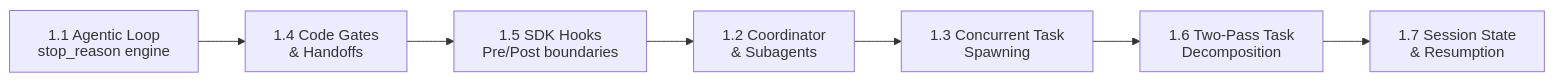
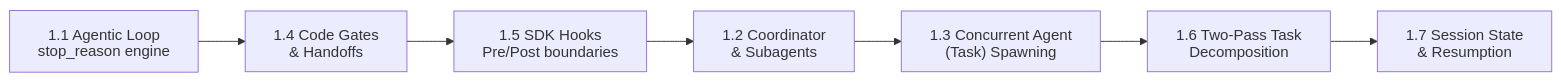
One commit to dip4k/claude_cert_architect_foundation_prep changed the second of 3 diagrams in domain1/README.md. Above: the diagram before and after it, drawn with Mermaid. The commit also changed other lines of this file and 56 other files, not shown here.

Commit message:
docs: improve beginner clarity, flow, Mermaid compliance across domains and expand EXAM_REFRESHER to all 30 TS

````diff
--- a/domain1/README.md
+++ b/domain1/README.md
@@ -59,13 +59,13 @@
 ```mermaid
 ---
 config:
   htmlLabels: false
 ---
 flowchart LR
     T11["1.1 Agentic Loop<br>stop_reason engine"] --> T14["1.4 Code Gates<br>& Handoffs"]
     T14 --> T15["1.5 SDK Hooks<br>Pre/Post boundaries"]
     T15 --> T12["1.2 Coordinator<br>& Subagents"]
-    T12 --> T13["1.3 Concurrent Task<br>Spawning"]
+    T12 --> T13["1.3 Concurrent Agent<br>(Task) Spawning"]
     T13 --> T16["1.6 Two-Pass Task<br>Decomposition"]
     T16 --> T17["1.7 Session State<br>& Resumption"]
 ```
````
